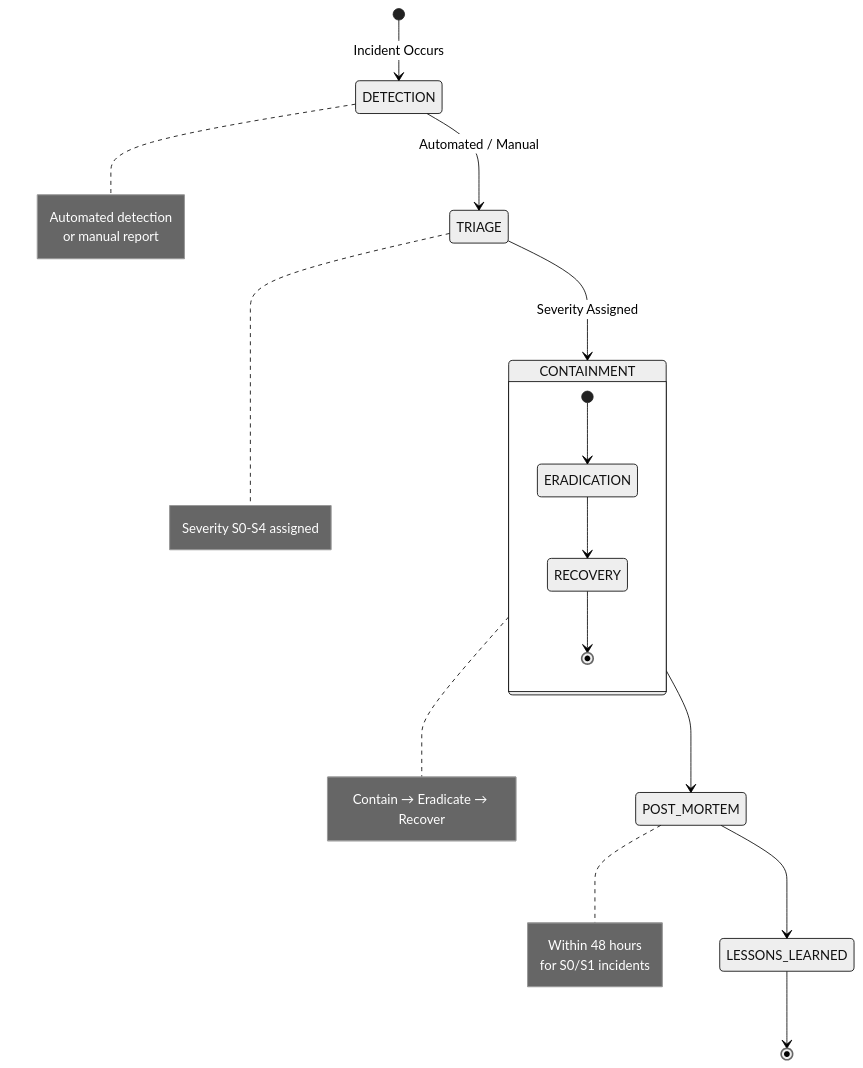
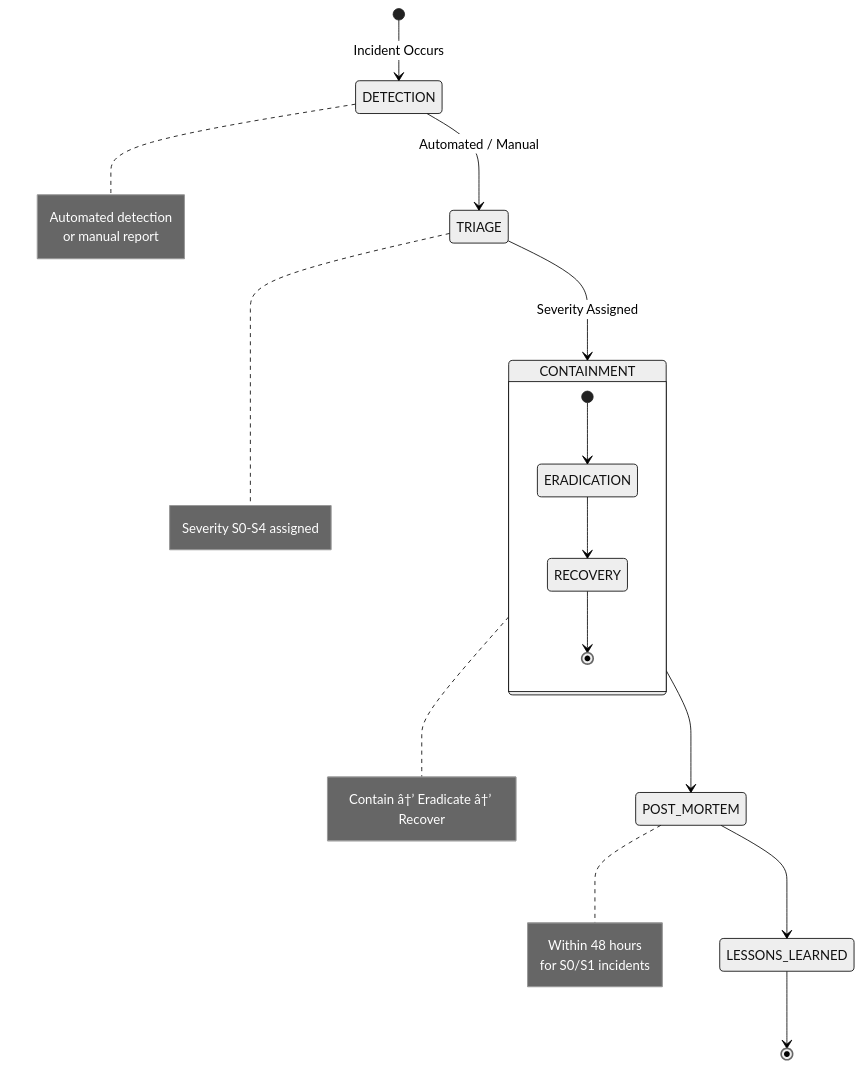
The eighth of 9 diagrams in docs/security/24_Security.md (rohitkumarnaidu/ARIA-OS---SecondBrain-), drawn with Mermaid (neutral theme) before and after one commit. The commit also changed other lines of this file and 5 other files, not shown here.

````diff
--- a/docs/security/24_Security.md
+++ b/docs/security/24_Security.md
@@ -1432,21 +1432,21 @@
 ```mermaid
 stateDiagram-v2
     [*] --> DETECTION: Incident Occurs
     DETECTION --> TRIAGE: Automated / Manual
     TRIAGE --> CONTAINMENT: Severity Assigned
 
     state CONTAINMENT {
         [*] --> ERADICATION
         ERADICATION --> RECOVERY
         RECOVERY --> [*]
     }
 
     CONTAINMENT --> POST_MORTEM
     POST_MORTEM --> LESSONS_LEARNED
     LESSONS_LEARNED --> [*]
 
     note right of DETECTION: Automated detection<br/>or manual report
     note right of TRIAGE: Severity S0-S4 assigned
-    note right of CONTAINMENT: Contain → Eradicate → Recover
+    note right of CONTAINMENT: Contain â†’ Eradicate â†’ Recover
     note right of POST_MORTEM: Within 48 hours<br/>for S0/S1 incidents
 ```
````
